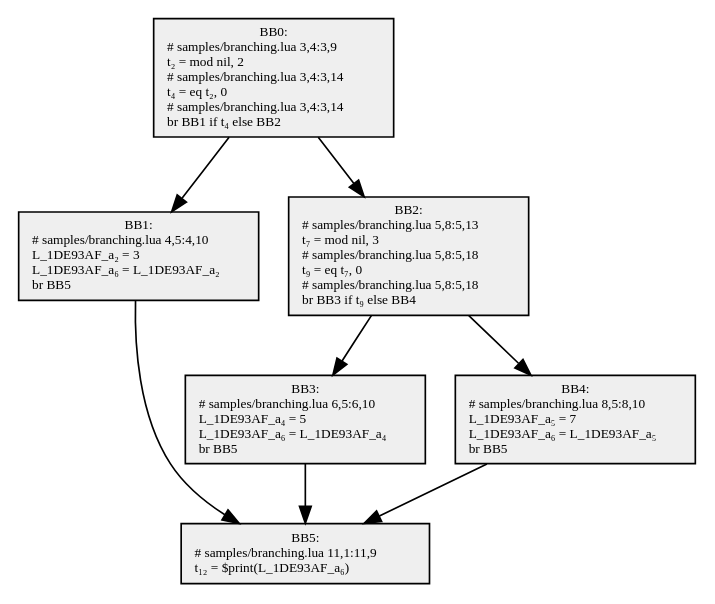
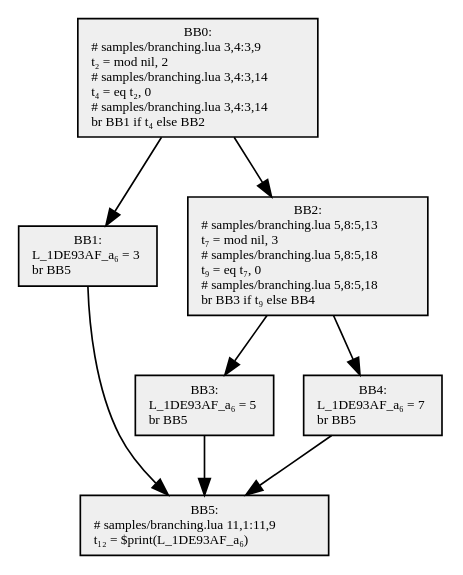
The diagram in src/SimpleCompiler.Cli/samples/obj/branching.6.dot (GGG-KILLER/SimpleCompiler), drawn with Graphviz before and after one commit. The commit also changed 26 other files, not shown here.

```diff
--- a/src/SimpleCompiler.Cli/samples/obj/branching.6.dot
+++ b/src/SimpleCompiler.Cli/samples/obj/branching.6.dot
@@ -1,17 +1,17 @@
 digraph {
   node[shape=box style=filled fontsize=8 fontname="Cascadia Code" fillcolor="#efefef"];
   BB0 [label="BB0:\n# samples/branching.lua 3,4:3,9\lt₂ = mod nil, 2\l# samples/branching.lua 3,4:3,14\lt₄ = eq t₂, 0\l# samples/branching.lua 3,4:3,14\lbr BB1 if t₄ else BB2\l"];
-  BB1 [label="BB1:\n# samples/branching.lua 4,5:4,10\lL_1DE93AF_a₂ = 3\lL_1DE93AF_a₆ = L_1DE93AF_a₂\lbr BB5\l"];
+  BB1 [label="BB1:\nL_1DE93AF_a₆ = 3\lbr BB5\l"];
   BB2 [label="BB2:\n# samples/branching.lua 5,8:5,13\lt₇ = mod nil, 3\l# samples/branching.lua 5,8:5,18\lt₉ = eq t₇, 0\l# samples/branching.lua 5,8:5,18\lbr BB3 if t₉ else BB4\l"];
-  BB3 [label="BB3:\n# samples/branching.lua 6,5:6,10\lL_1DE93AF_a₄ = 5\lL_1DE93AF_a₆ = L_1DE93AF_a₄\lbr BB5\l"];
-  BB4 [label="BB4:\n# samples/branching.lua 8,5:8,10\lL_1DE93AF_a₅ = 7\lL_1DE93AF_a₆ = L_1DE93AF_a₅\lbr BB5\l"];
+  BB3 [label="BB3:\nL_1DE93AF_a₆ = 5\lbr BB5\l"];
+  BB4 [label="BB4:\nL_1DE93AF_a₆ = 7\lbr BB5\l"];
   BB5 [label="BB5:\n# samples/branching.lua 11,1:11,9\lt₁₂ = $print(L_1DE93AF_a₆)\l"];
 
   BB0 -> BB1;
   BB0 -> BB2;
   BB2 -> BB3;
   BB2 -> BB4;
   BB1 -> BB5;
   BB3 -> BB5;
   BB4 -> BB5;
 }
```
